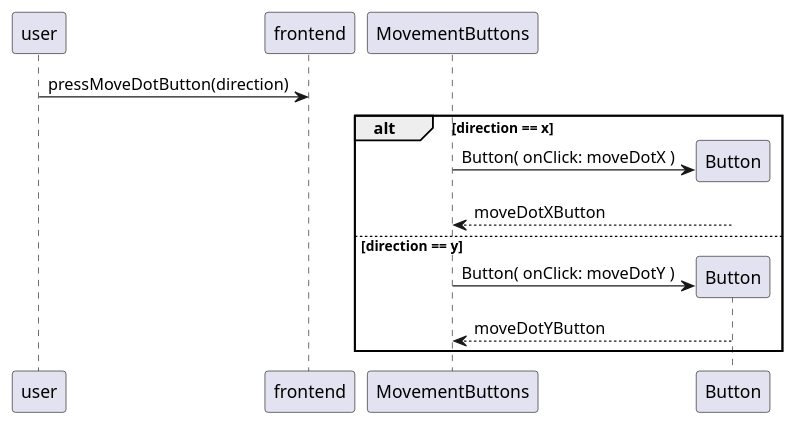
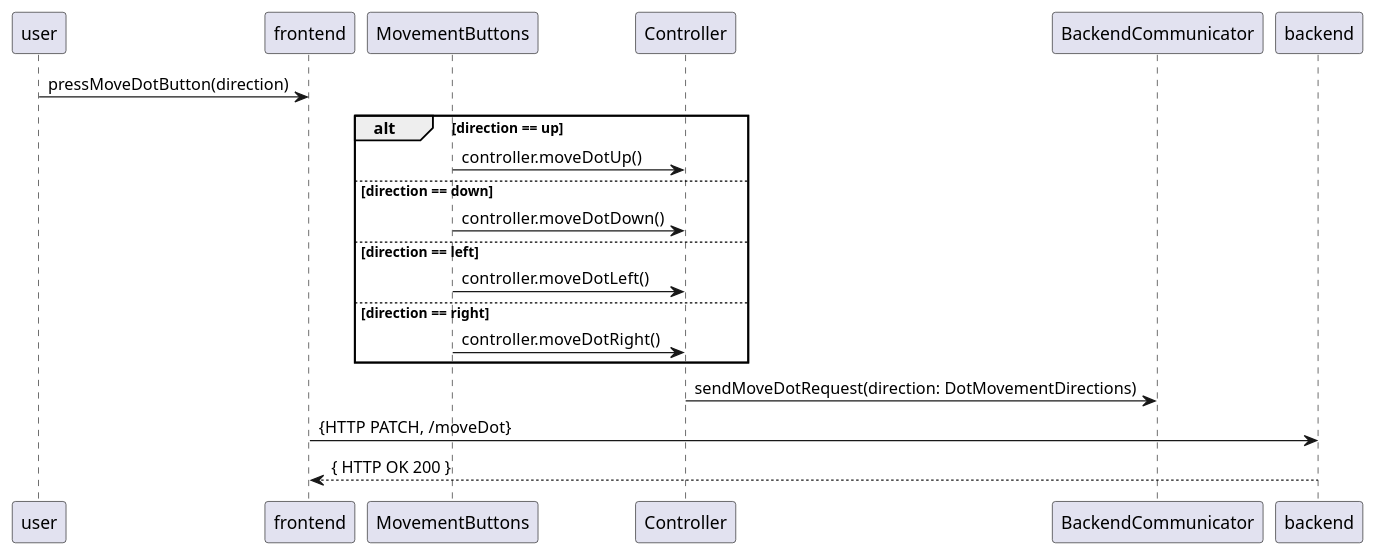
Before and after one commit to siavashhanifi/move-dot: the diagram in documentation/frontend/pressMoveDotButton.puml, drawn with PlantUML. The commit also changed 4 other files, not shown here.

```diff
--- a/documentation/frontend/pressMoveDotButton.puml
+++ b/documentation/frontend/pressMoveDotButton.puml
@@ -1,14 +1,19 @@
 @startuml
 
 user -> frontend: pressMoveDotButton(direction)
 
-alt direction == x
-MovementButtons -> Button**: Button( onClick: moveDotX )
-MovementButtons <-- Button: moveDotXButton
-else direction == y 
-MovementButtons -> Button**: Button( onClick: moveDotY )
-MovementButtons <-- Button: moveDotYButton
+alt direction == up
+MovementButtons -> Controller: controller.moveDotUp()
+else direction == down
+MovementButtons -> Controller: controller.moveDotDown()
+else direction == left
+MovementButtons -> Controller: controller.moveDotLeft()
+else direction == right
+MovementButtons -> Controller: controller.moveDotRight()
 end
 
+Controller -> BackendCommunicator: sendMoveDotRequest(direction: DotMovementDirections)
+frontend -> backend : {HTTP PATCH, /moveDot}
+frontend <-- backend : { HTTP OK 200 } 
 
 @enduml
```
